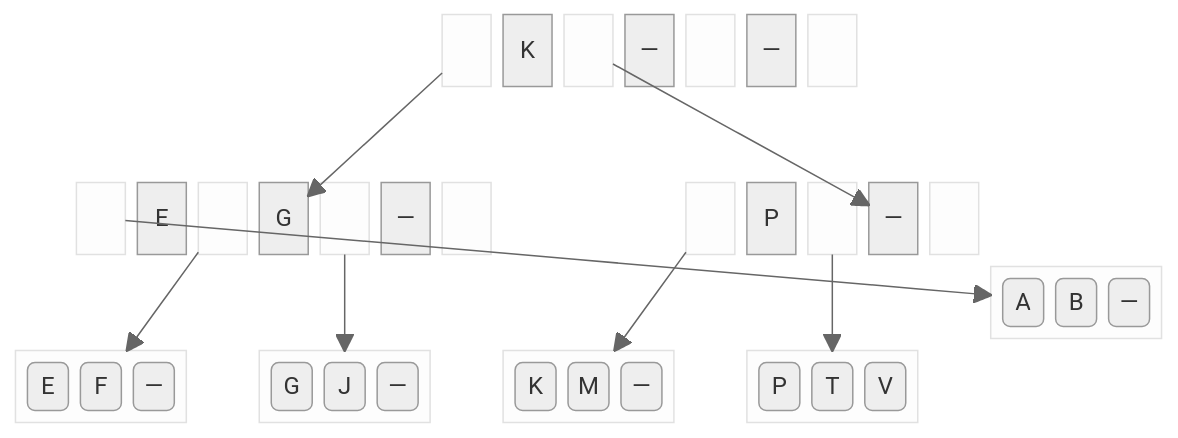
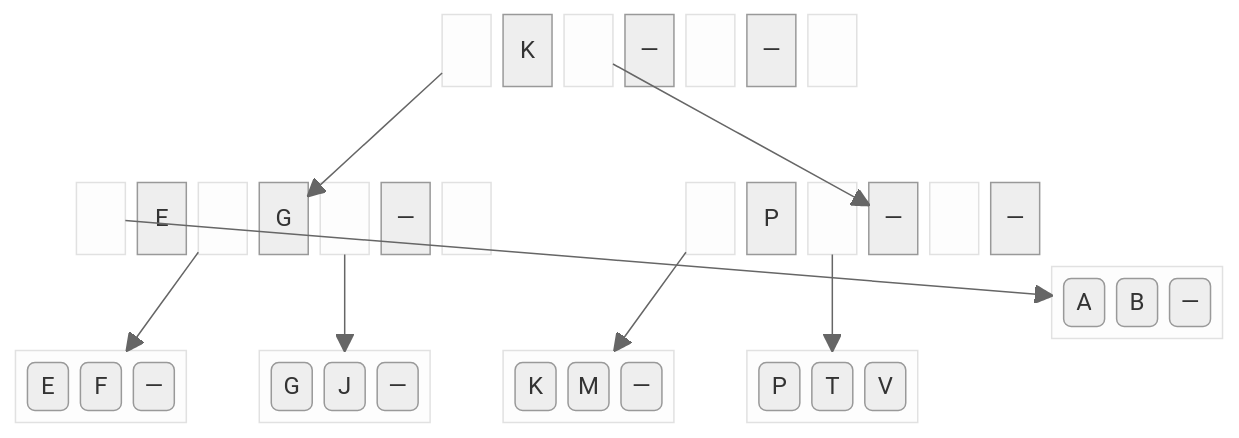
One commit to BenhurUFSM/pod26b changed the sixth of 7 diagrams in Assuntos/busca-ext.md. Above: the diagram before and after it, drawn with Mermaid (neutral theme).

````diff
--- a/Assuntos/busca-ext.md
+++ b/Assuntos/busca-ext.md
@@ -70,29 +70,29 @@
 ```mermaid
 block
   columns 19
   space:8
   block:rl1 space end ra["K"] block:rl2 space end rb["—"] block:rl3 space end rc["—"] block:rl4 space end
   space:4
   space:19
 
   space:2
   block:i1l1 space end i1a["E"] block:i1l2 space end i1b["G"] block:i1l3 space end i1c["—"] block:i2l4 space end
   space:2
   space
-  block:i2l1 space end i2a["P"] block:i2l2 space end i2b["—"] block:i2l3 space end i1c["—"] block:i2l4 space end
+  block:i2l1 space end i2a["P"] block:i2l2 space end i2b["—"] block:i2l3 space end i2c["—"] block:i2l4 space end
   space:19
 
   block:f1:3 f1a("A") f1b("B") f1c("—") end space
   block:f5:3 f5a("E") f5b("F") f5c("—") end space
   block:f3:3 f3a("G") f3b("J") f3c("—") end space
   block:f4:3 f4a("K") f4b("M") f4c("—") end space
   block:f2:3 f2a("P") f2b("T") f2c("V") end
 
   rl1-->i1b
   rl2-->i2b
   i1l1-->f1
   i1l2-->f5
   i1l3-->f3
   i2l1-->f4
   i2l2-->f2
 ```
````
